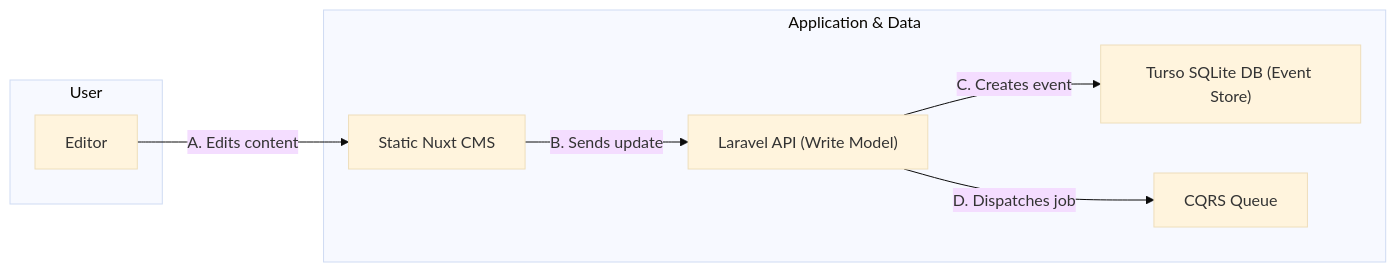
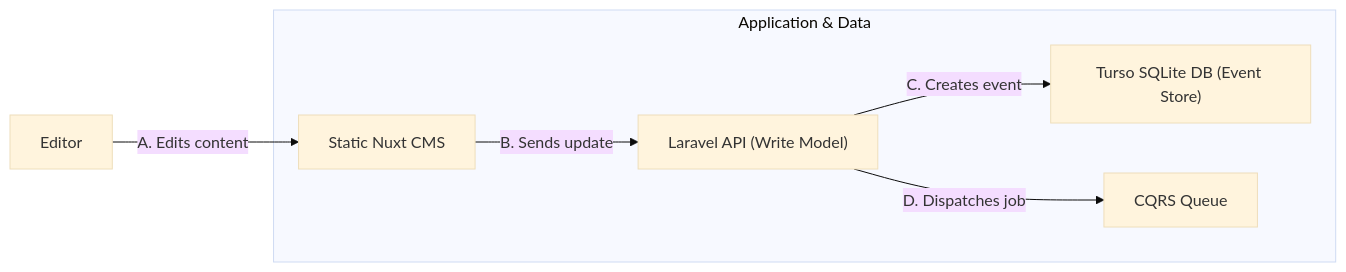
Before and after one commit to daim-dev/pitch: the third of 4 diagrams in slides.md, drawn with Mermaid (base theme). The commit also changed other lines of this file, not shown here.

Commit message:
fix(architecture): add simple overview diagram

````diff
--- a/slides.md
+++ b/slides.md
@@ -226,18 +207,14 @@
 ```mermaid
 graph LR
-    subgraph "User"
-        Editor
-    end
-
     subgraph "Application & Data"
         CMS["Static Nuxt CMS"]
         API["Laravel API (Write Model)"]
         DB["Turso SQLite DB (Event Store)"]
         Queue["CQRS Queue"]
     end
 
     Editor -- "A. Edits content" --> CMS
     CMS -- "B. Sends update" --> API
     API -- "C. Creates event" --> DB
     API -- "D. Dispatches job" --> Queue
 ```
````
